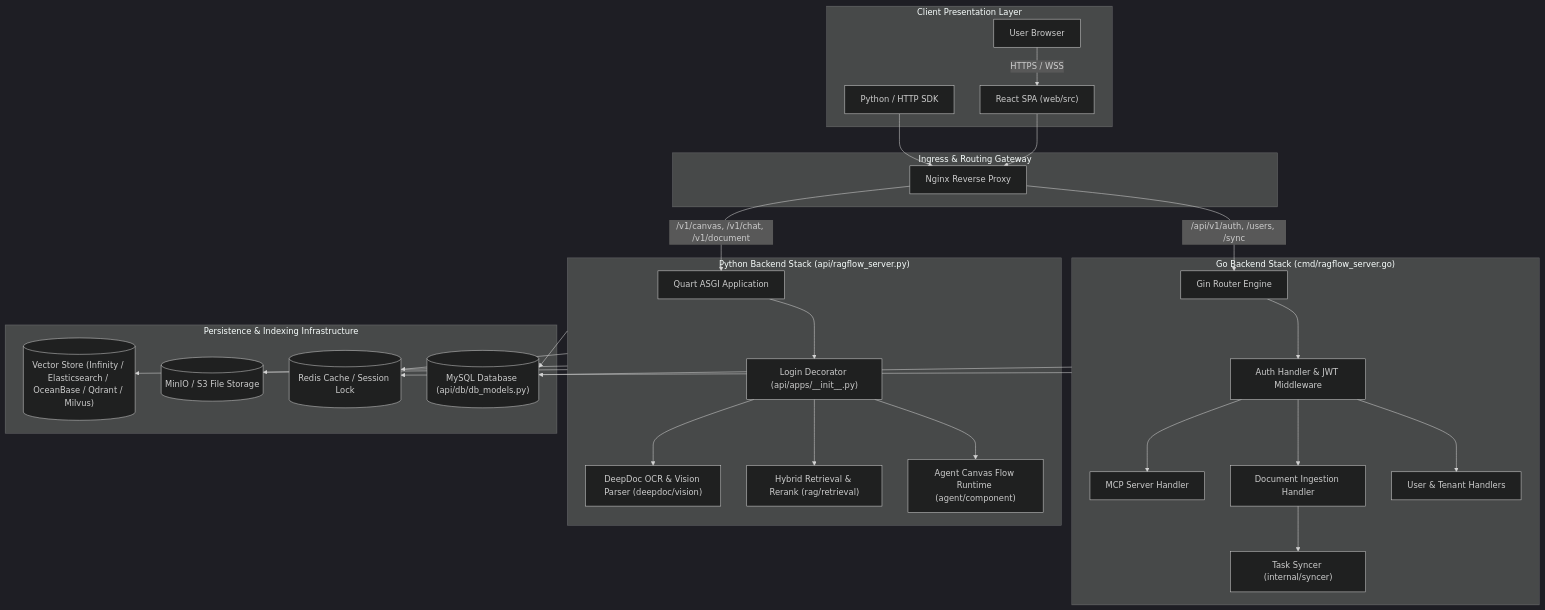
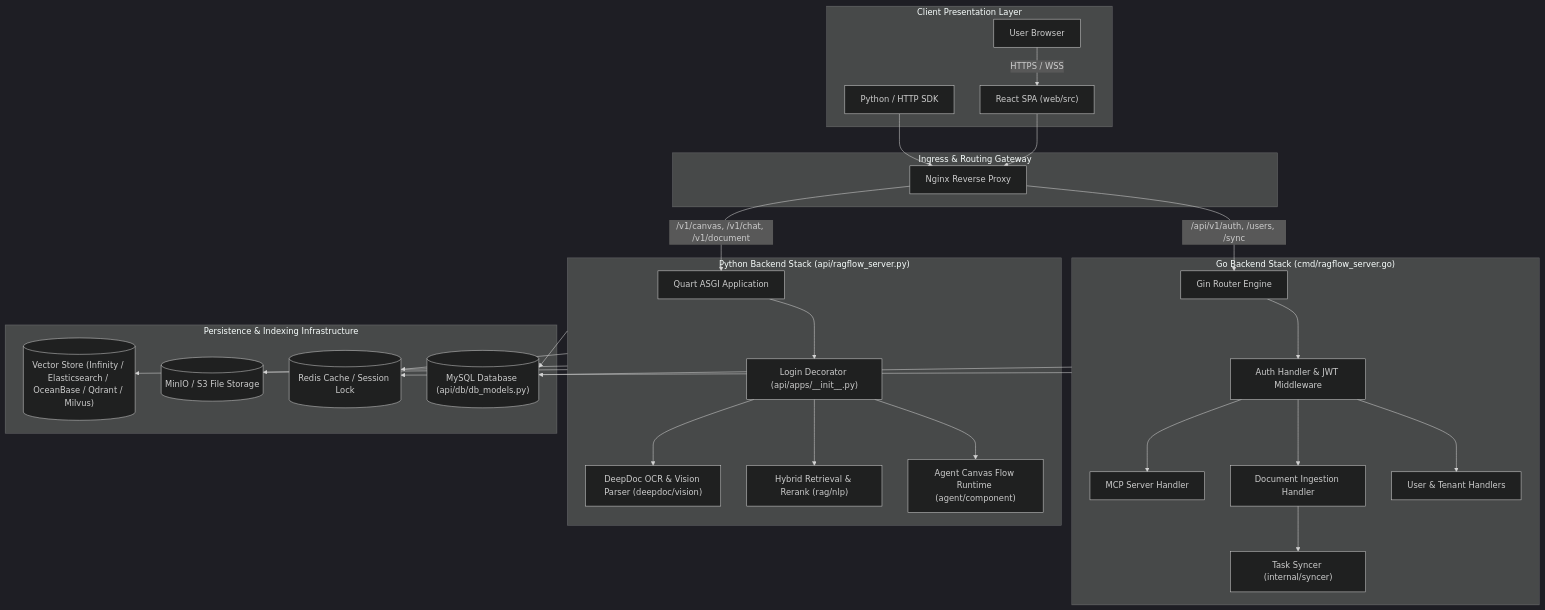
Before and after one commit to 6sLOGAN78/devRAG: the diagram in ragflow-docs/00-overview/architecture-diagram.md, drawn with Mermaid (dark theme). The commit also changed 67 other files, not shown here.

````diff
--- a/ragflow-docs/00-overview/architecture-diagram.md
+++ b/ragflow-docs/00-overview/architecture-diagram.md
@@ -11,60 +11,60 @@
 ```mermaid
 graph TB
     subgraph Client_Layer["Client Presentation Layer"]
         Browser["User Browser"]
         SDK["Python / HTTP SDK"]
         Browser -->|HTTPS / WSS| WebUI["React SPA (web/src)"]
     end
 
     subgraph Gateway_Layer["Ingress & Routing Gateway"]
         Nginx["Nginx Reverse Proxy"]
         WebUI --> Nginx
         SDK --> Nginx
     end
 
     subgraph Go_Backend_Stack["Go Backend Stack (cmd/ragflow_server.go)"]
         GinServer["Gin Router Engine"]
         GoAuthHandler["Auth Handler & JWT Middleware"]
         UserHandler["User & Tenant Handlers"]
         DocHandler["Document Ingestion Handler"]
         MCPServer["MCP Server Handler"]
         GoSyncer["Task Syncer (internal/syncer)"]
 
         GinServer --> GoAuthHandler
         GoAuthHandler --> UserHandler
         GoAuthHandler --> DocHandler
         GoAuthHandler --> MCPServer
         DocHandler --> GoSyncer
     end
 
     subgraph Py_Backend_Stack["Python Backend Stack (api/ragflow_server.py)"]
         QuartServer["Quart ASGI Application"]
         PyAuthMiddleware["Login Decorator (api/apps/__init__.py)"]
         AgentEngine["Agent Canvas Flow Runtime (agent/component)"]
-        RetrievalEngine["Hybrid Retrieval & Rerank (rag/retrieval)"]
+        RetrievalEngine["Hybrid Retrieval & Rerank (rag/nlp)"]
         DeepDocEngine["DeepDoc OCR & Vision Parser (deepdoc/vision)"]
 
         QuartServer --> PyAuthMiddleware
         PyAuthMiddleware --> AgentEngine
         PyAuthMiddleware --> RetrievalEngine
         PyAuthMiddleware --> DeepDocEngine
     end
 
     subgraph Storage_Layer["Persistence & Indexing Infrastructure"]
         MySQL[("MySQL Database (api/db/db_models.py)")]
         Redis[("Redis Cache / Session Lock")]
         MinIO[("MinIO / S3 File Storage")]
         VectorStore[("Vector Store (Infinity / Elasticsearch / OceanBase / Qdrant / Milvus)")]
     end
 
     Nginx -->|/api/v1/auth, /users, /sync| GinServer
     Nginx -->|/v1/canvas, /v1/chat, /v1/document| QuartServer
 
     Go_Backend_Stack --> MySQL
     Go_Backend_Stack --> Redis
 
     Py_Backend_Stack --> MySQL
     Py_Backend_Stack --> Redis
     Py_Backend_Stack --> MinIO
     Py_Backend_Stack --> VectorStore
 ```
````
